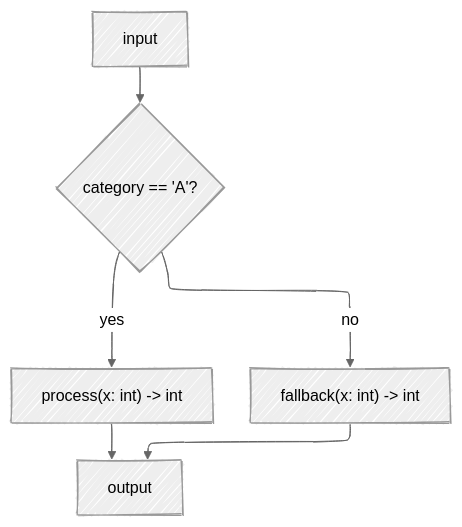
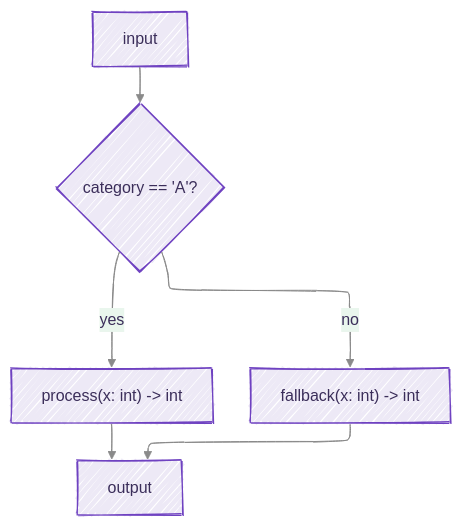
Before and after one commit to maltenlz/maltenlz.github.io: the first of 6 diagrams in blog/posts/agent_usecases/index.qmd, drawn with Mermaid. The commit also changed other lines of this file and 3 other files, not shown here.

First line of the commit message:
Add workflow/agent diagrams and copy-edit blog posts

````diff
--- a/blog/posts/agent_usecases/index.qmd
+++ b/blog/posts/agent_usecases/index.qmd
@@ -41,15 +43,21 @@
 ```{mermaid}
 %%| fig-cap: "Traditional workflow: deterministic branching and a typed function."
 ---
 config:
   look: handDrawn
-  theme: neutral
+  theme: base
   layout: elk
+  themeVariables:
+    primaryColor: "#ede9f6"
+    primaryBorderColor: "#6f42c1"
+    primaryTextColor: "#3b2e5a"
+    lineColor: "#8a8a8a"
+    fontFamily: inherit
 ---
 flowchart TD
     IN[input] --> R{category == 'A'?}
     R -->|yes| F["process(x: int) -> int"]
     R -->|no| G["fallback(x: int) -> int"]
     F --> OUT[output]
     G --> OUT
 ```
````
